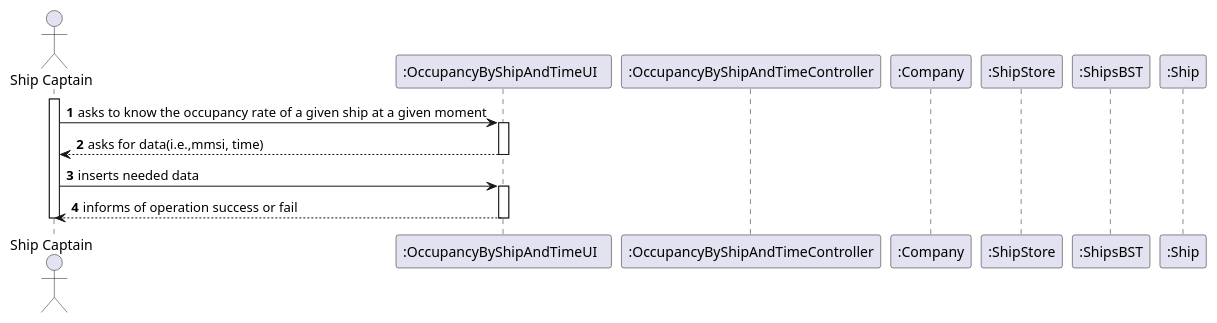
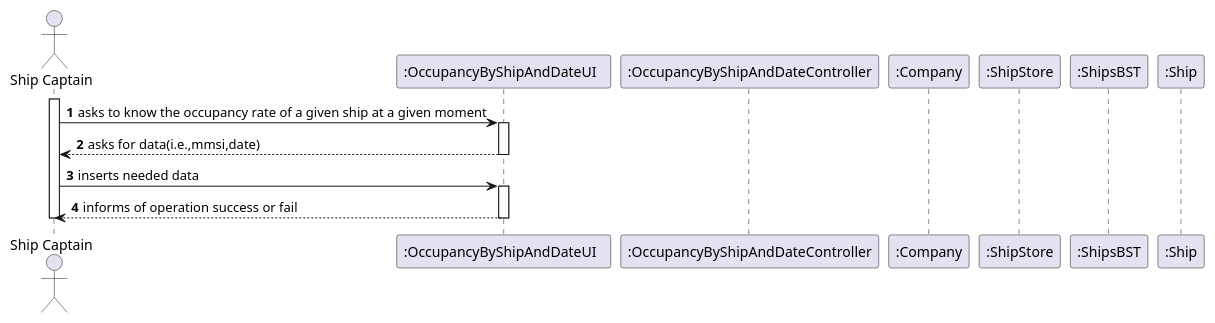
Before and after one commit to ana-albergaria/LAPR3-ISEP: the diagram in docs/US209/US_209_SD.puml, drawn with PlantUML. The commit also changed 7 other files, not shown here.

```diff
--- a/docs/US209/US_209_SD.puml
+++ b/docs/US209/US_209_SD.puml
@@ -1,23 +1,23 @@
 @startuml
 autonumber
 'hide footbox
 actor "Ship Captain" as SC
-participant ":OccupancyByShipAndTimeUI  " as UI
-participant ":OccupancyByShipAndTimeController" as CTRL
+participant ":OccupancyByShipAndDateUI  " as UI
+participant ":OccupancyByShipAndDateController" as CTRL
 participant ":Company" as CMP
 participant ":ShipStore" as STORE
 participant ":ShipsBST" as SBST
 participant ":Ship" as SHIP
 
 activate SC
 SC -> UI : asks to know the occupancy rate of a given ship at a given moment
 activate UI
-UI --> SC : asks for data(i.e.,mmsi, time)
+UI --> SC : asks for data(i.e.,mmsi,date)
 deactivate UI
 SC -> UI : inserts needed data
 activate UI
 UI --> SC : informs of operation success or fail
 deactivate UI
 deactivate SC
 
 @enduml
```
